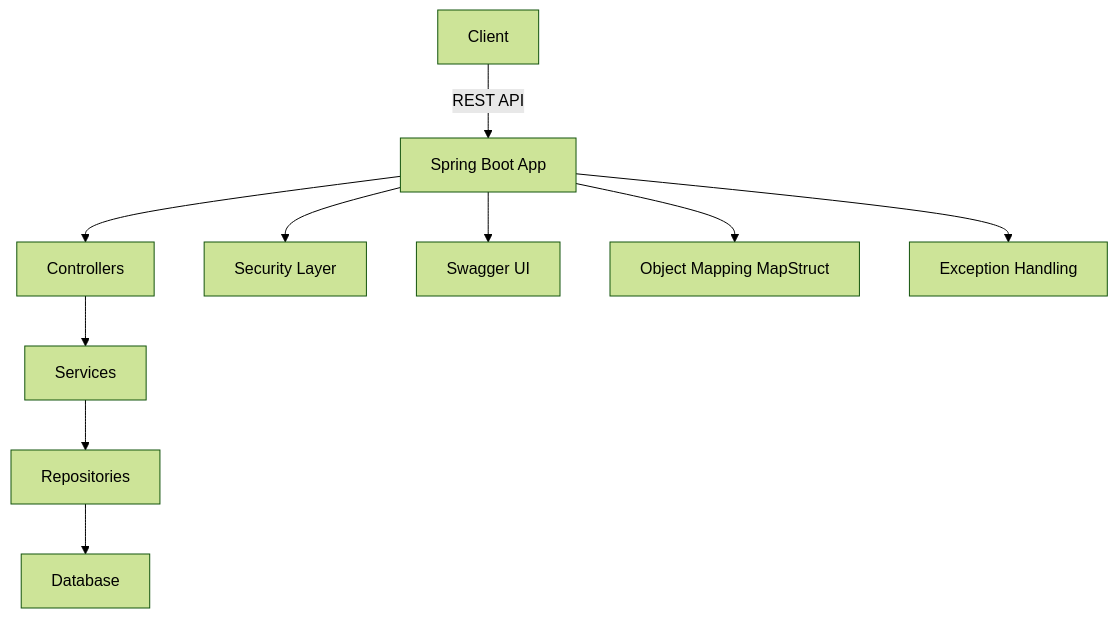
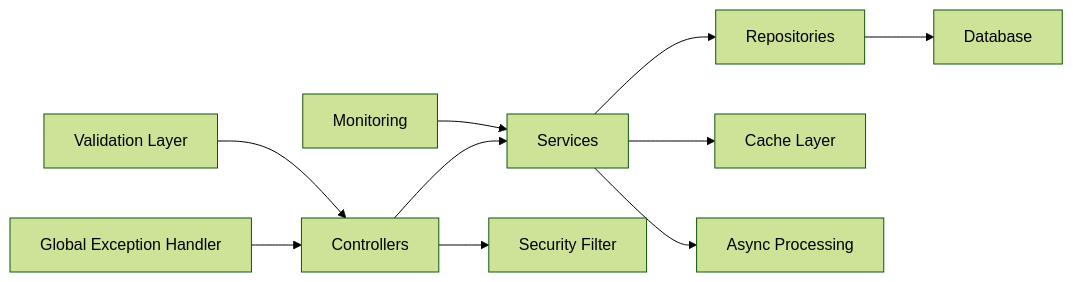
The second of 2 diagrams in README.md (Nhatnguyen150100/spring-boot-boilerplate), drawn with Mermaid (forest theme) before and after one commit. The commit also changed other lines of this file and 34 other files, not shown here.

First line of the commit message:
feat: enhance application with caching, monitoring, and improved error handling

````diff
--- a/README.md
+++ b/README.md
@@ -22,14 +90,14 @@
 ```mermaid
-graph TD
-  A[Client] -->|REST API| B[Spring Boot App]
-
-  B --> C[Controllers]
-  C --> D[Services]
-  D --> E[Repositories]
-  E --> F[Database]
-
-  B --> G[Security Layer]
-  B --> H[Swagger UI]
-  B --> I[Object Mapping MapStruct]
-  B --> J[Exception Handling]
+graph LR
+    A[Controllers] --> B[Services]
+    B --> C[Repositories]
+    C --> D[Database]
+    
+    A --> E[Security Filter]
+    B --> F[Cache Layer]
+    B --> G[Async Processing]
+    
+    H[Global Exception Handler] --> A
+    I[Validation Layer] --> A
+    J[Monitoring] --> B
 ```
````
